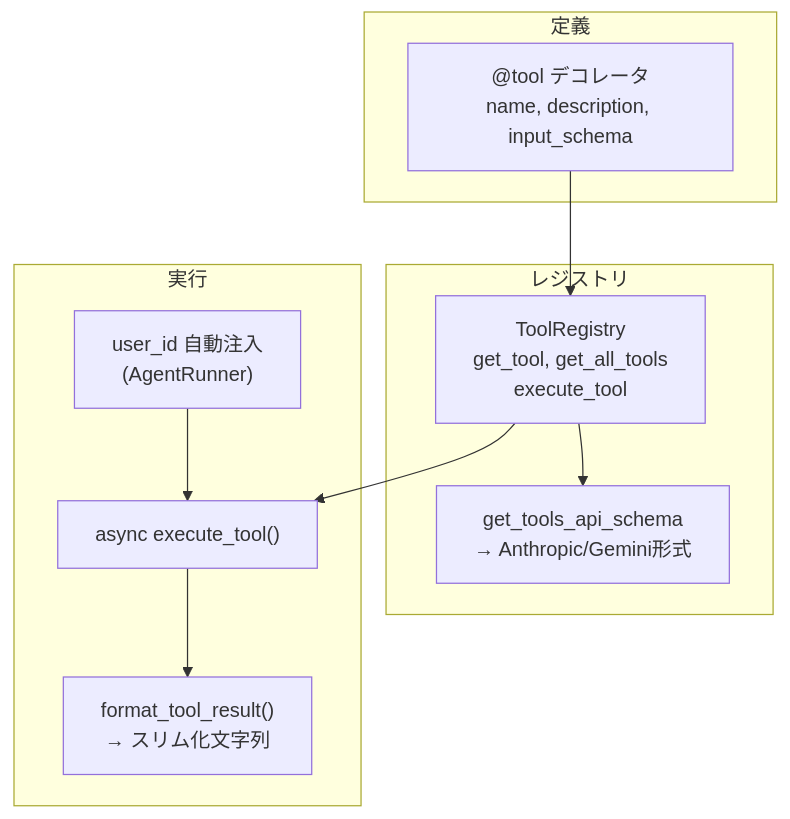
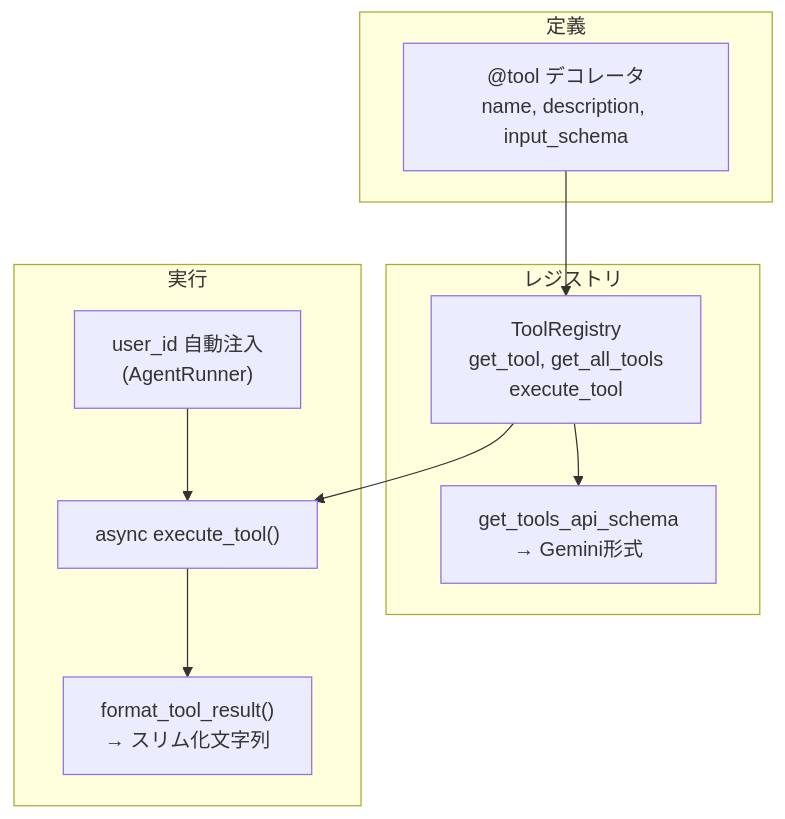
The fifth of 13 diagrams in kensan-ai/ARCHITECTURE.md (yu-min3/kensan), drawn with Mermaid before and after one commit. The commit also changed other lines of this file and 9 other files, not shown here.

````diff
--- a/kensan-ai/ARCHITECTURE.md
+++ b/kensan-ai/ARCHITECTURE.md
@@ -260,23 +257,23 @@
 ```mermaid
 graph TB
     subgraph "定義"
         Decorator["@tool デコレータ<br/>name, description, input_schema"]
     end
 
     subgraph "レジストリ"
         Registry["ToolRegistry<br/>get_tool, get_all_tools<br/>execute_tool"]
-        Schema["get_tools_api_schema<br/>→ Anthropic/Gemini形式"]
+        Schema["get_tools_api_schema<br/>→ Gemini形式"]
     end
 
     subgraph "実行"
         UserID["user_id 自動注入<br/>(AgentRunner)"]
         Execute["async execute_tool()"]
         Format["format_tool_result()<br/>→ スリム化文字列"]
     end
 
     Decorator --> Registry
     Registry --> Schema
     Registry --> Execute
     UserID --> Execute
     Execute --> Format
 ```
````
